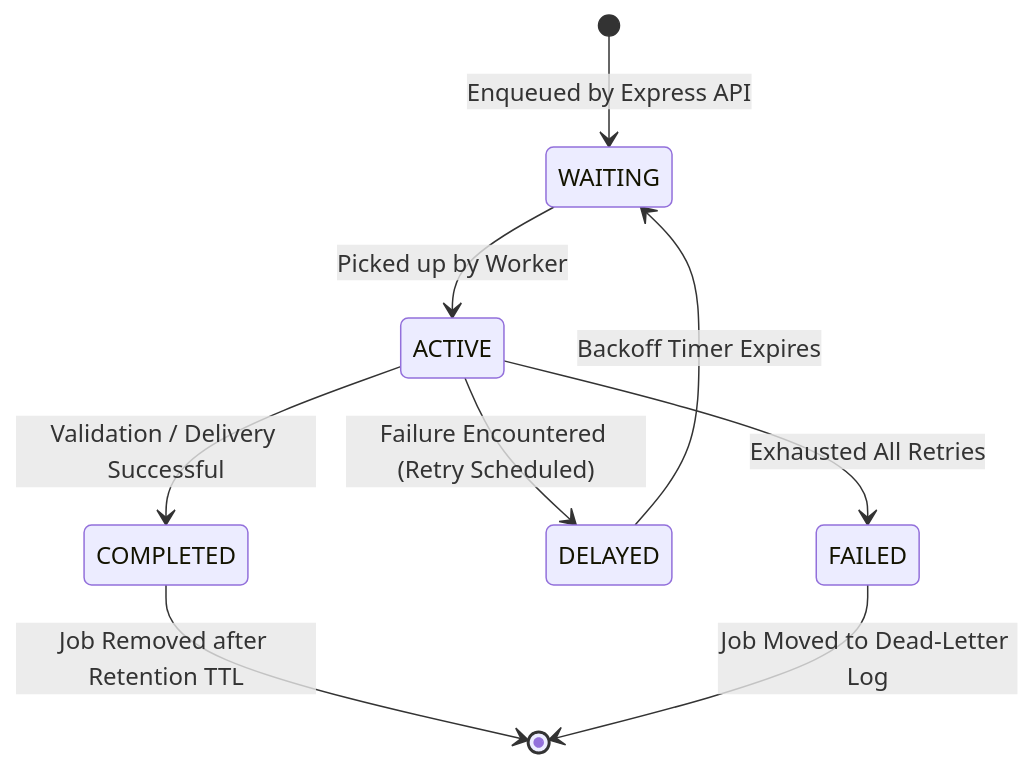
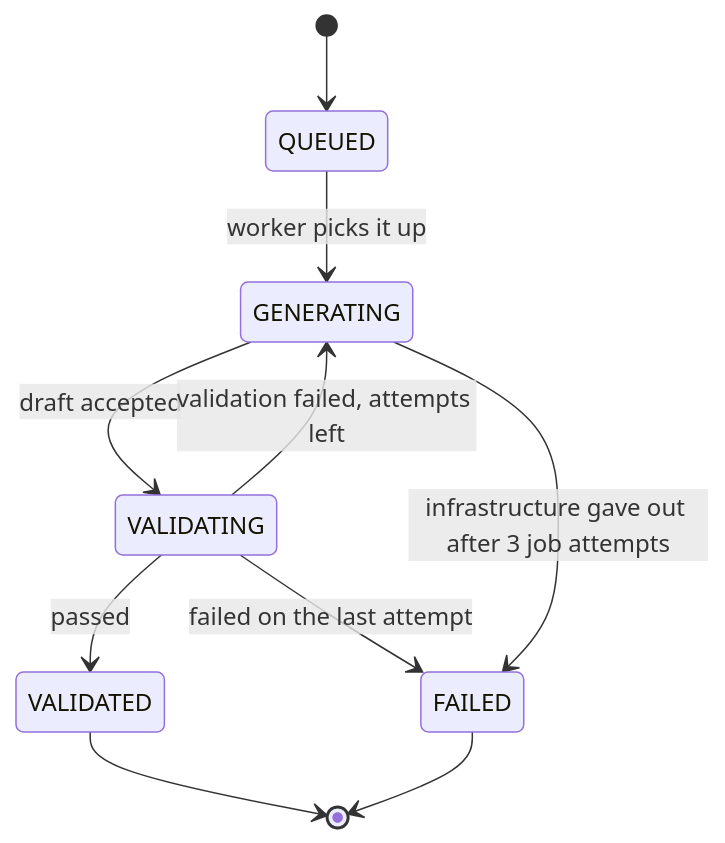
Before and after one commit to yashsrivastava1408/QuestionForge: the second of 2 diagrams in docs/architecture/queue-and-worker-engine.md, drawn with Mermaid. The commit also changed other lines of this file and 109 other files, not shown here.

````diff
--- a/docs/architecture/queue-and-worker-engine.md
+++ b/docs/architecture/queue-and-worker-engine.md
@@ -42,15 +36,12 @@
 ```mermaid
 stateDiagram-v2
-    [*] --> WAITING: Enqueued by Express API
-    WAITING --> ACTIVE: Picked up by Worker
-    
-    ACTIVE --> COMPLETED: Validation / Delivery Successful
-    
-    ACTIVE --> DELAYED: Failure Encountered (Retry Scheduled)
-    DELAYED --> WAITING: Backoff Timer Expires
-    
-    ACTIVE --> FAILED: Exhausted All Retries
-    
-    COMPLETED --> [*]: Job Removed after Retention TTL
-    FAILED --> [*]: Job Moved to Dead-Letter Log
+    [*] --> QUEUED
+    QUEUED --> GENERATING: worker picks it up
+    GENERATING --> VALIDATING: draft accepted
+    VALIDATING --> GENERATING: validation failed, attempts left
+    VALIDATING --> VALIDATED: passed
+    VALIDATING --> FAILED: failed on the last attempt
+    GENERATING --> FAILED: infrastructure gave out after 3 job attempts
+    VALIDATED --> [*]
+    FAILED --> [*]
 ```
````
